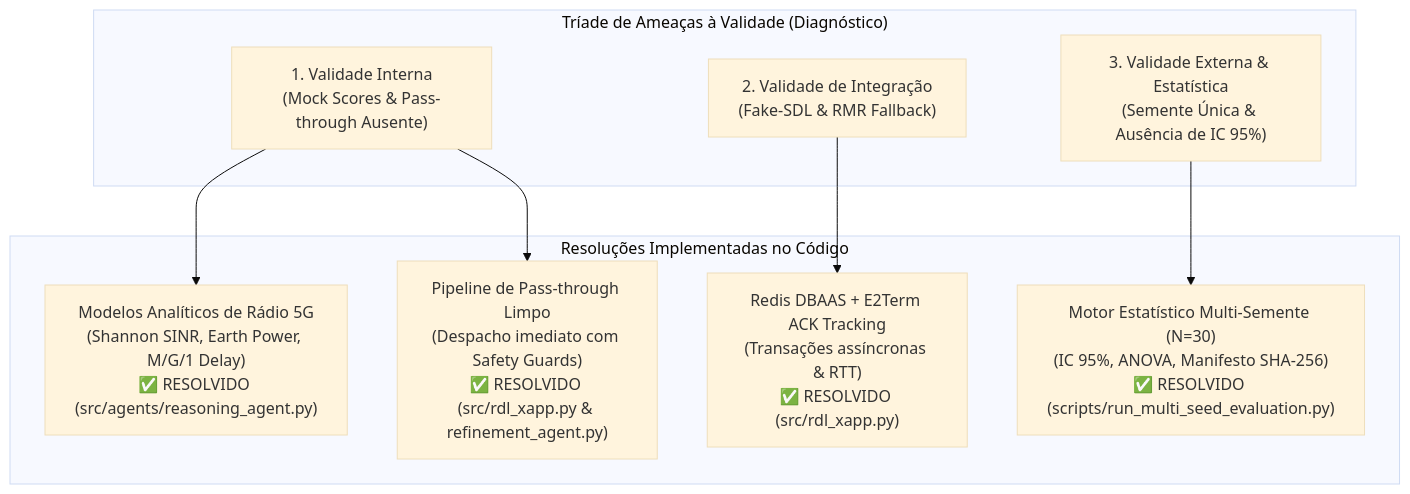
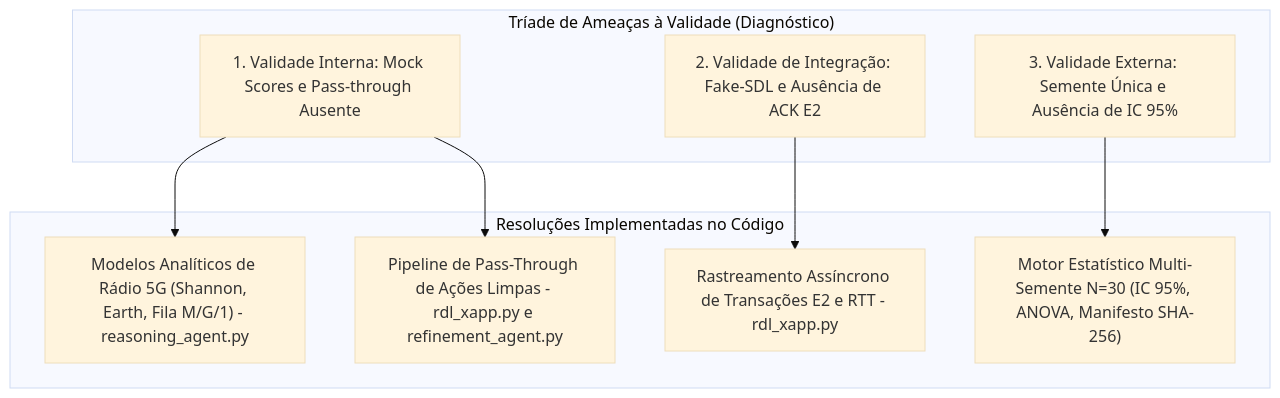
One commit to georgebarbosa3090/XApp-RDL-F1 changed the first of 2 diagrams in docs/relatorio_extenso_validacao_fase1_resolucao_limitacoes.md. Above: the diagram before and after it, drawn with Mermaid (base theme). The commit also changed other lines of this file, not shown here.

````diff
--- a/docs/relatorio_extenso_validacao_fase1_resolucao_limitacoes.md
+++ b/docs/relatorio_extenso_validacao_fase1_resolucao_limitacoes.md
@@ -15,20 +15,20 @@
 ```mermaid
 graph TD
     subgraph AMEACAS["Tríade de Ameaças à Validade (Diagnóstico)"]
-        VI["1. Validade Interna<br/>(Mock Scores & Pass-through Ausente)"]
-        VG["2. Validade de Integração<br/>(Fake-SDL & RMR Fallback)"]
-        VE["3. Validade Externa & Estatística<br/>(Semente Única & Ausência de IC 95%)"]
+        VI["1. Validade Interna: Mock Scores e Pass-through Ausente"]
+        VG["2. Validade de Integração: Fake-SDL e Ausência de ACK E2"]
+        VE["3. Validade Externa: Semente Única e Ausência de IC 95%"]
     end
 
-    subgraph SOLUCOES_RESOLVIDAS["Resoluções Implementadas no Código"]
-        S1["Modelos Analíticos de Rádio 5G<br/>(Shannon SINR, Earth Power, M/G/1 Delay)<br/>✅ RESOLVIDO (src/agents/reasoning_agent.py)"]
-        S2["Pipeline de Pass-through Limpo<br/>(Despacho imediato com Safety Guards)<br/>✅ RESOLVIDO (src/rdl_xapp.py & refinement_agent.py)"]
-        S3["Redis DBAAS + E2Term ACK Tracking<br/>(Transações assíncronas & RTT)<br/>✅ RESOLVIDO (src/rdl_xapp.py)"]
-        S4["Motor Estatístico Multi-Semente (N=30)<br/>(IC 95%, ANOVA, Manifesto SHA-256)<br/>✅ RESOLVIDO (scripts/run_multi_seed_evaluation.py)"]
+    subgraph SOLUCOES["Resoluções Implementadas no Código"]
+        S1["Modelos Analíticos de Rádio 5G (Shannon, Earth, Fila M/G/1) - reasoning_agent.py"]
+        S2["Pipeline de Pass-Through de Ações Limpas - rdl_xapp.py e refinement_agent.py"]
+        S3["Rastreamento Assíncrono de Transações E2 e RTT - rdl_xapp.py"]
+        S4["Motor Estatístico Multi-Semente N=30 (IC 95%, ANOVA, Manifesto SHA-256)"]
     end
 
     VI --> S1
     VI --> S2
     VG --> S3
     VE --> S4
 ```
````
